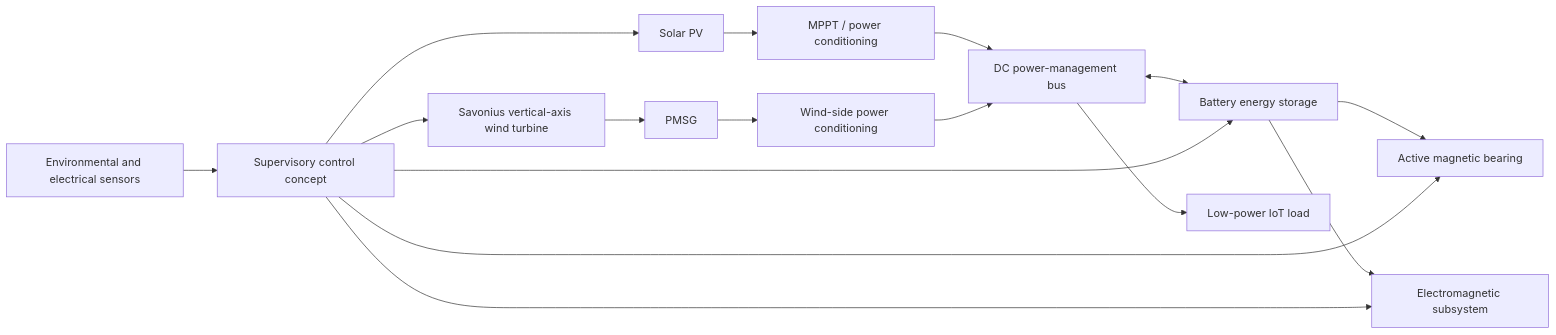
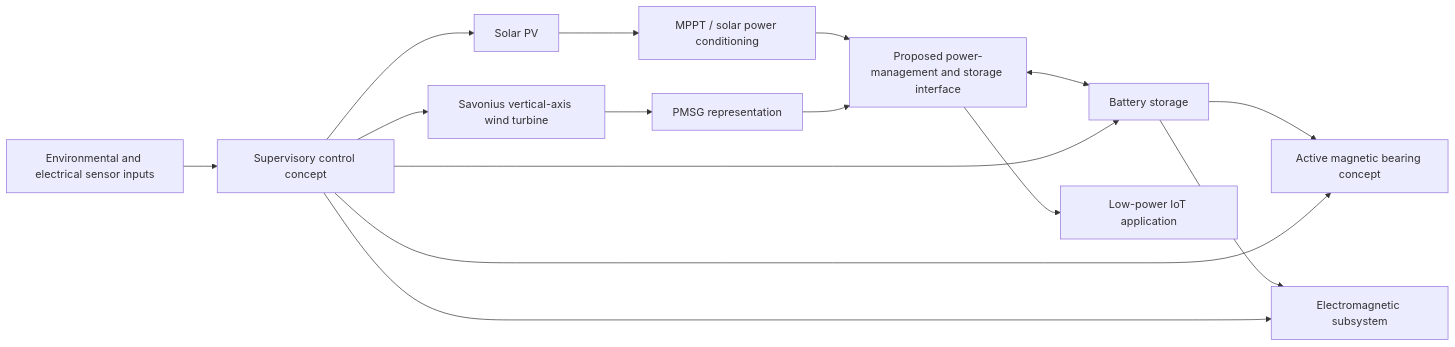
One commit to Anoop-Mathew-Johnson/low-power-hybrid-energy-system changed the diagram in Documentation/System_Architecture.md. Above: the diagram before and after it, drawn with Mermaid. The commit also changed other lines of this file, not shown here.

Commit message:
Clarify conceptual architecture against dissertation scope

````diff
--- a/Documentation/System_Architecture.md
+++ b/Documentation/System_Architecture.md
@@ -5,18 +5,17 @@
 ```mermaid
 flowchart LR
-    PV[Solar PV] --> MPPT[MPPT / power conditioning]
-    MPPT --> DC[DC power-management bus]
-    WIND[Savonius vertical-axis wind turbine] --> PMSG[PMSG]
-    PMSG --> WCONV[Wind-side power conditioning]
-    WCONV --> DC
-    DC <--> BAT[Battery energy storage]
-    DC --> LOAD[Low-power IoT load]
-    BAT --> AMB[Active magnetic bearing]
+    PV[Solar PV] --> MPPT[MPPT / solar power conditioning]
+    MPPT --> BUS[Proposed power-management and storage interface]
+    WIND[Savonius vertical-axis wind turbine] --> GEN[PMSG representation]
+    GEN --> BUS
+    BUS <--> BAT[Battery storage]
+    BUS --> LOAD[Low-power IoT application]
+    BAT --> AMB[Active magnetic bearing concept]
     BAT --> EM[Electromagnetic subsystem]
-    SENS[Environmental and electrical sensors] --> CTRL[Supervisory control concept]
+    SENS[Environmental and electrical sensor inputs] --> CTRL[Supervisory control concept]
     CTRL --> PV
     CTRL --> WIND
     CTRL --> BAT
     CTRL --> AMB
     CTRL --> EM
 ```
````
